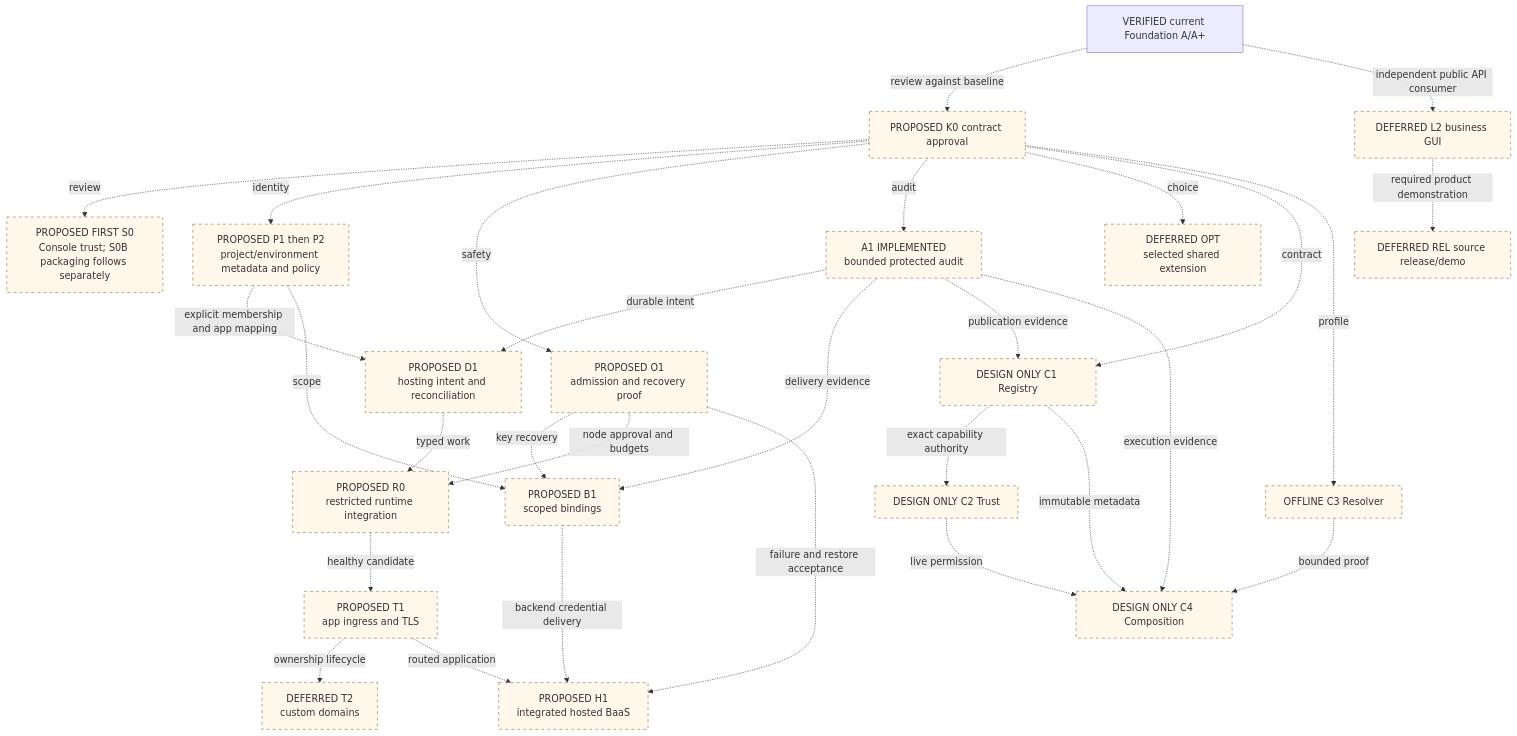
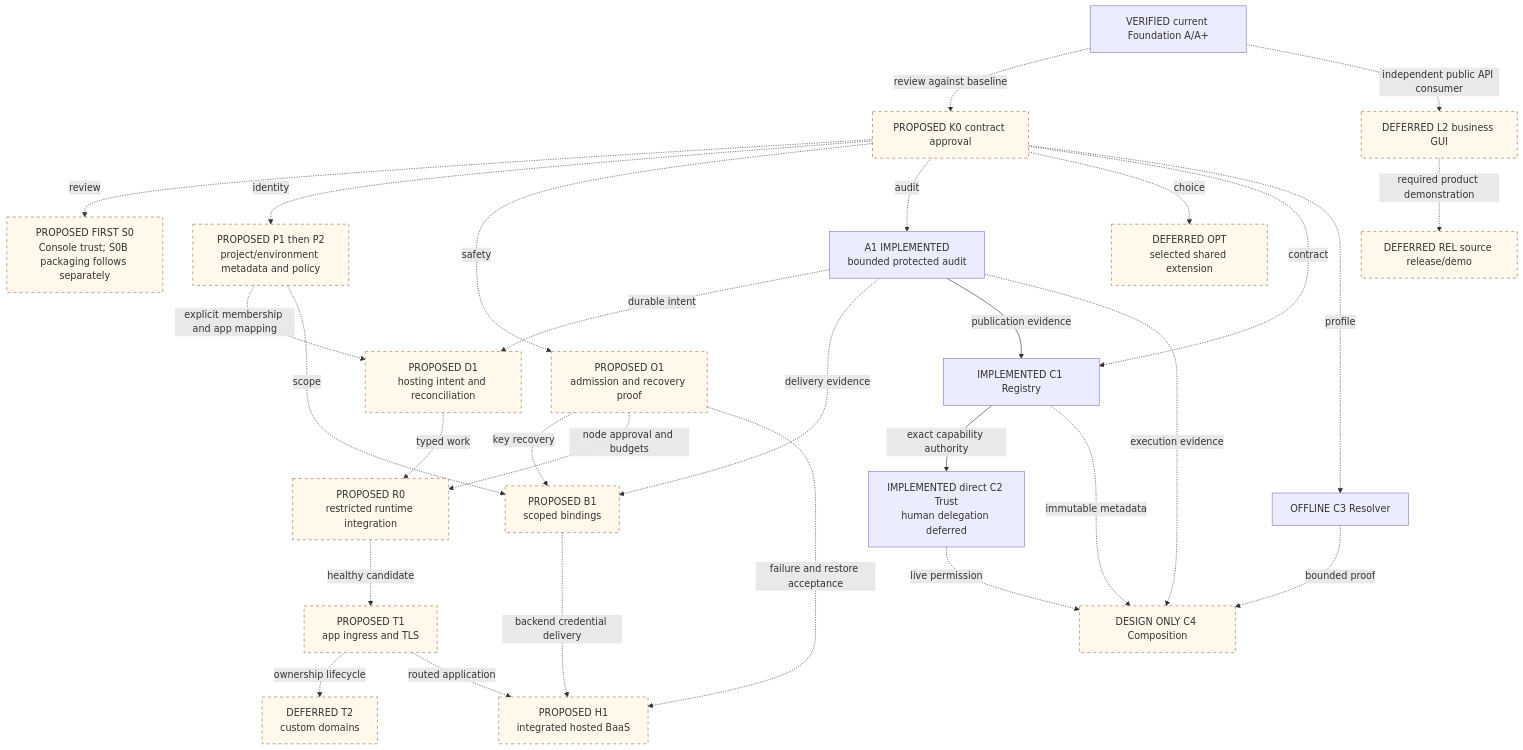
Before and after one commit to NHMNDaizoken/Rosetta: the seventh of 8 diagrams in docs/architecture/ARCHITECTURE_MAPS.md, drawn with Mermaid. The commit also changed other lines of this file and 25 other files, not shown here.

Commit message:
feat(trust): authorize exact discovery and live invocation eligibility

````diff
--- a/docs/architecture/ARCHITECTURE_MAPS.md
+++ b/docs/architecture/ARCHITECTURE_MAPS.md
@@ -266,52 +273,52 @@
 ```mermaid
 flowchart TB
   BASE["VERIFIED current Foundation A/A+"]
   K0["PROPOSED K0 contract approval"]
   S0["PROPOSED FIRST S0<br/>Console trust; S0B packaging follows separately"]
   META["PROPOSED P1 then P2<br/>project/environment metadata and policy"]
   CONTROL["PROPOSED D1<br/>hosting intent and reconciliation"]
   SAFE["PROPOSED O1<br/>admission and recovery proof"]
   AUDIT["A1 IMPLEMENTED<br/>bounded protected audit"]
   SECRET["PROPOSED B1<br/>scoped bindings"]
   RUN["PROPOSED R0<br/>restricted runtime integration"]
   TLS["PROPOSED T1<br/>app ingress and TLS"]
   DOMAIN["DEFERRED T2<br/>custom domains"]
   HOST["PROPOSED H1<br/>integrated hosted BaaS"]
   OPT["DEFERRED OPT<br/>selected shared extension"]
-  REG["DESIGN ONLY C1 Registry"]
-  TRUST["DESIGN ONLY C2 Trust"]
+  REG["IMPLEMENTED C1 Registry"]
+  TRUST["IMPLEMENTED direct C2 Trust<br/>human delegation deferred"]
   RES["OFFLINE C3 Resolver"]
   COMP["DESIGN ONLY C4 Composition"]
   L2["DEFERRED L2 business GUI"]
   REL["DEFERRED REL source release/demo"]
   BASE -.->|review against baseline| K0
   K0 -.->|review| S0
   K0 -.->|identity| META
   K0 -.->|safety| SAFE
   K0 -.->|audit| AUDIT
   META -.->|explicit membership and app mapping| CONTROL
   AUDIT -.->|durable intent| CONTROL
   META -.->|scope| SECRET
   AUDIT -.->|delivery evidence| SECRET
   SAFE -.->|key recovery| SECRET
   CONTROL -.->|typed work| RUN
   SAFE -.->|node approval and budgets| RUN
   RUN -.->|healthy candidate| TLS
   TLS -.->|ownership lifecycle| DOMAIN
   TLS -.->|routed application| HOST
   SECRET -.->|backend credential delivery| HOST
   SAFE -.->|failure and restore acceptance| HOST
   K0 -.->|choice| OPT
   K0 -.->|contract| REG
-  AUDIT -.->|publication evidence| REG
-  REG -.->|exact capability authority| TRUST
+  AUDIT -->|publication evidence| REG
+  REG -->|exact capability authority| TRUST
   K0 -.->|profile| RES
   REG -.->|immutable metadata| COMP
   TRUST -.->|live permission| COMP
   RES -.->|bounded proof| COMP
   AUDIT -.->|execution evidence| COMP
   BASE -.->|independent public API consumer| L2
   L2 -.->|required product demonstration| REL
   classDef future fill:#fff8eb,stroke:#92734b,stroke-dasharray:5 5
-  class K0,S0,META,CONTROL,SAFE,AUDIT,SECRET,RUN,TLS,DOMAIN,HOST,OPT,REG,TRUST,RES,COMP,L2,REL future
+  class K0,S0,META,CONTROL,SAFE,SECRET,RUN,TLS,DOMAIN,HOST,OPT,COMP,L2,REL future
 ```
````
